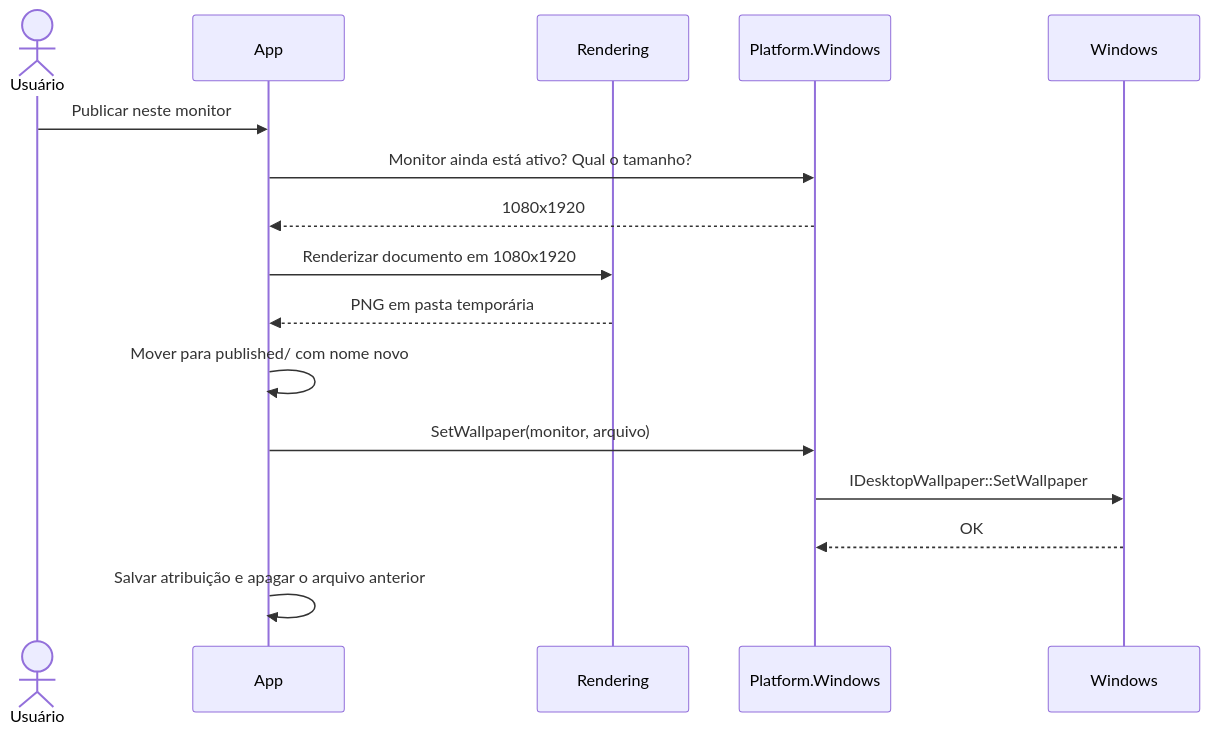
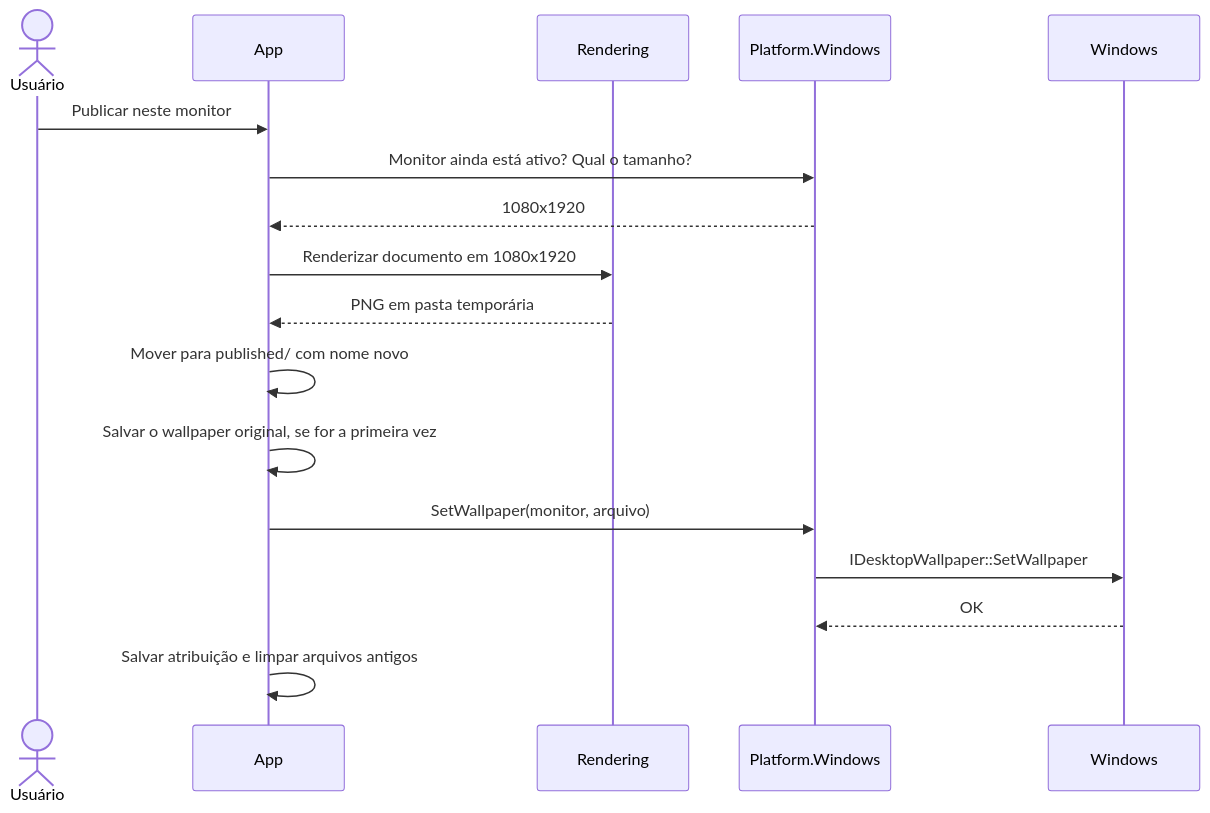
The third of 5 diagrams in docs/02-arquitetura.md (Sakamoto0110/WallpaperEditor), drawn with Mermaid before and after one commit. The commit also changed other lines of this file and 53 other files, not shown here.

````diff
--- a/docs/02-arquitetura.md
+++ b/docs/02-arquitetura.md
@@ -69,19 +69,20 @@
 ```mermaid
 sequenceDiagram
     actor U as Usuário
     participant A as App
     participant R as Rendering
     participant P as Platform.Windows
     participant W as Windows
 
     U->>A: Publicar neste monitor
     A->>P: Monitor ainda está ativo? Qual o tamanho?
     P-->>A: 1080x1920
     A->>R: Renderizar documento em 1080x1920
     R-->>A: PNG em pasta temporária
     A->>A: Mover para published/ com nome novo
+    A->>A: Salvar o wallpaper original, se for a primeira vez
     A->>P: SetWallpaper(monitor, arquivo)
     P->>W: IDesktopWallpaper::SetWallpaper
     W-->>P: OK
-    A->>A: Salvar atribuição e apagar o arquivo anterior
+    A->>A: Salvar atribuição e limpar arquivos antigos
 ```
````
